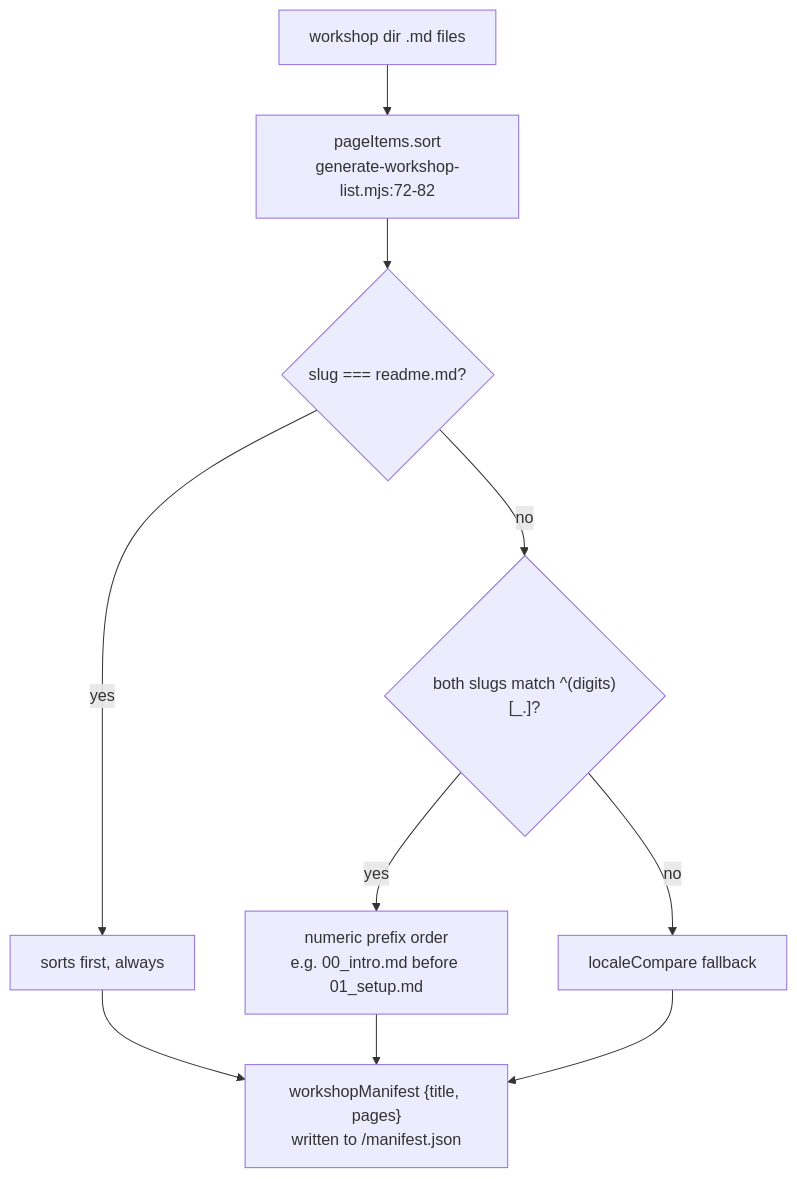
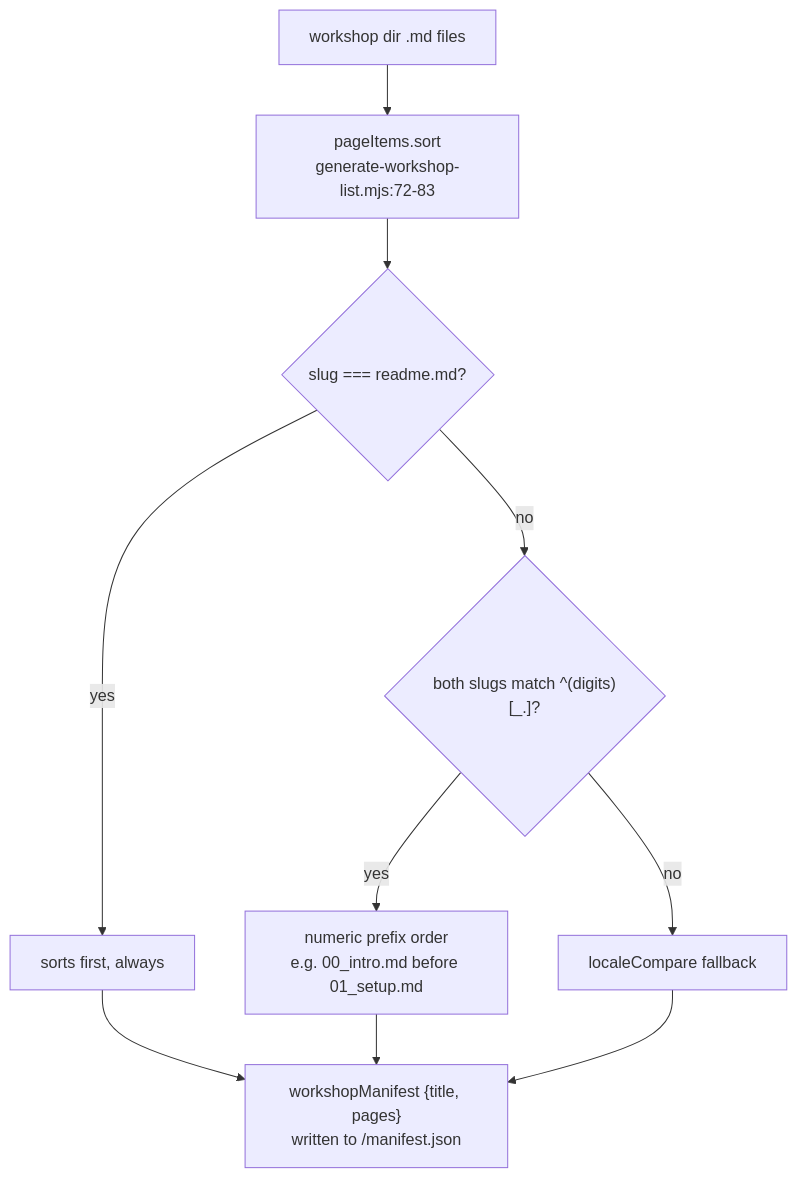
The second of 7 diagrams in docs/diagrams/dreamlab-ai-website/06-content-pipeline-and-invariants-register.md (DreamLab-AI/VisionFlow), drawn with Mermaid before and after one commit. The commit also changed other lines of this file and 111 other files, not shown here.

Commit message:
docs(diagrams): align estate maps with current source

````diff
--- a/docs/diagrams/dreamlab-ai-website/06-content-pipeline-and-invariants-register.md
+++ b/docs/diagrams/dreamlab-ai-website/06-content-pipeline-and-invariants-register.md
@@ -52,12 +52,12 @@
 ```mermaid
 flowchart TB
-    FILES["workshop dir .md files"] --> SORT["pageItems.sort<br/>generate-workshop-list.mjs:72-82"]
+    FILES["workshop dir .md files"] --> SORT["pageItems.sort<br/>generate-workshop-list.mjs:72-83"]
     SORT --> R1{"slug === readme.md?"}
     R1 -->|yes| FIRST["sorts first, always"]
     R1 -->|no| R2{"both slugs match ^(digits)[_.]?"}
     R2 -->|yes| NUMERIC["numeric prefix order<br/>e.g. 00_intro.md before 01_setup.md"]
     R2 -->|no| ALPHA["localeCompare fallback"]
     FIRST --> MANIFEST["workshopManifest {title, pages}<br/>written to <workshop>/manifest.json"]
     NUMERIC --> MANIFEST
     ALPHA --> MANIFEST
 ```
````
